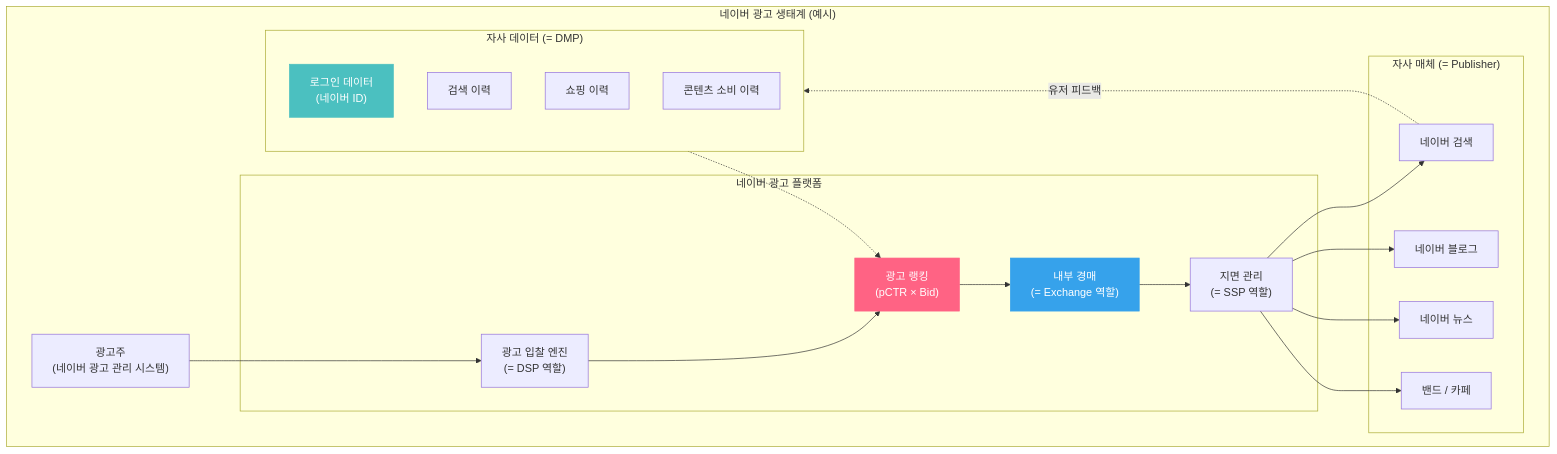
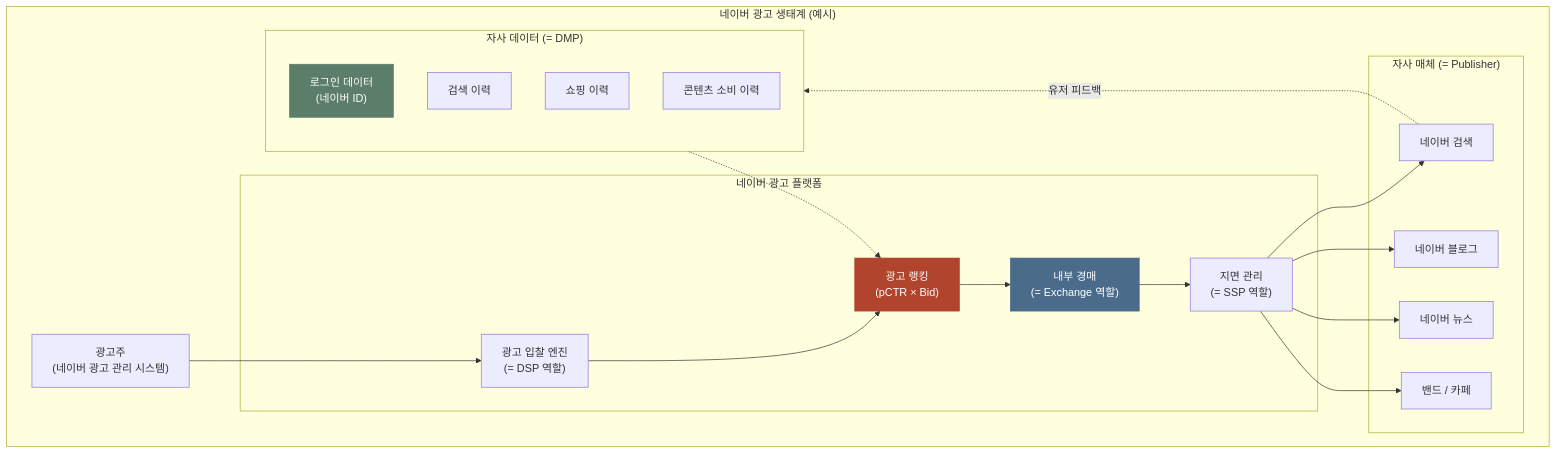
One commit to chkimsu/adtech-blog changed the third of 5 diagrams in posts/walled-garden.md. Above: the diagram before and after it, drawn with Mermaid. The commit also changed other lines of this file and 40 other files, not shown here.

````diff
--- a/posts/walled-garden.md
+++ b/posts/walled-garden.md
@@ -52,43 +52,43 @@
 ```mermaid
 graph TB
     subgraph Naver["네이버 광고 생태계 (예시)"]
         ADV_N["광고주<br/>(네이버 광고 관리 시스템)"]
         
         subgraph Platform_N["네이버 광고 플랫폼"]
             DSP_N["광고 입찰 엔진<br/>(= DSP 역할)"]
             RANK_N["광고 랭킹<br/>(pCTR × Bid)"]
             AUCTION_N["내부 경매<br/>(= Exchange 역할)"]
             SSP_N["지면 관리<br/>(= SSP 역할)"]
         end
         
         subgraph Media_N["자사 매체 (= Publisher)"]
             SEARCH_N["네이버 검색"]
             BLOG_N["네이버 블로그"]
             NEWS_N["네이버 뉴스"]
             BAND_N["밴드 / 카페"]
         end
         
         subgraph Data_N["자사 데이터 (= DMP)"]
             LOGIN_N["로그인 데이터<br/>(네이버 ID)"]
             SEARCH_LOG["검색 이력"]
             SHOP_LOG["쇼핑 이력"]
             CONTENT_LOG["콘텐츠 소비 이력"]
         end
 
         ADV_N --> DSP_N
         DSP_N --> RANK_N
         RANK_N --> AUCTION_N
         AUCTION_N --> SSP_N
         SSP_N --> SEARCH_N
         SSP_N --> BLOG_N
         SSP_N --> NEWS_N
         SSP_N --> BAND_N
         
         Data_N -.-> RANK_N
         SEARCH_N -.->|유저 피드백| Data_N
     end
 
-    style RANK_N fill:#ff6384,stroke:#ff6384,color:#fff
-    style AUCTION_N fill:#36a2eb,stroke:#36a2eb,color:#fff
-    style LOGIN_N fill:#4bc0c0,stroke:#4bc0c0,color:#fff
+    style RANK_N fill:#b0442c,stroke:#b0442c,color:#fff
+    style AUCTION_N fill:#4a6b8a,stroke:#4a6b8a,color:#fff
+    style LOGIN_N fill:#5b7d6a,stroke:#5b7d6a,color:#fff
 ```
````
